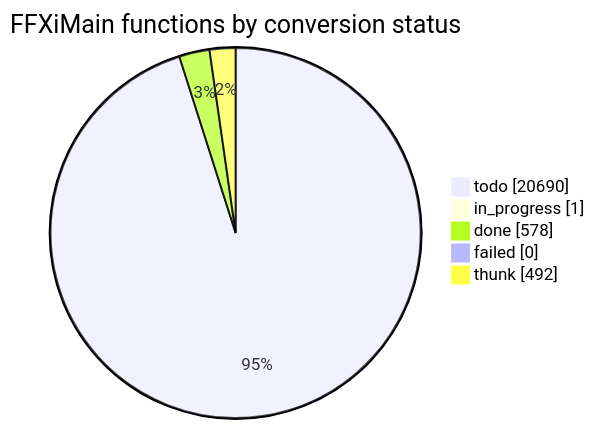
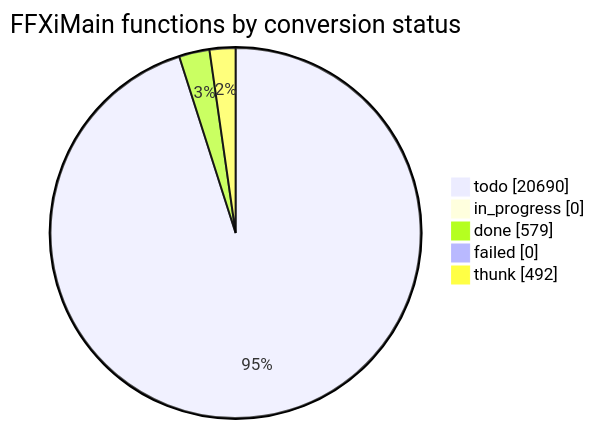
Before and after one commit to cowrevenge/cow_kuluu_xi_anything: the diagram in docs/cow/STATUS.md, drawn with Mermaid. The commit also changed other lines of this file and 9 other files, not shown here.

````diff
--- a/docs/cow/STATUS.md
+++ b/docs/cow/STATUS.md
@@ -18,9 +18,9 @@
 ```mermaid
 pie showData
     title FFXiMain functions by conversion status
     "todo" : 20690
-    "in_progress" : 1
-    "done" : 578
+    "in_progress" : 0
+    "done" : 579
     "failed" : 0
     "thunk" : 492
 ```
````
